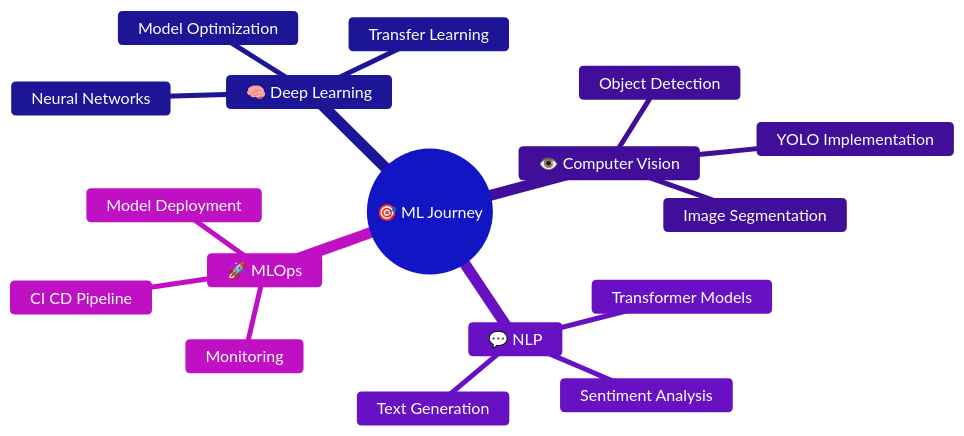
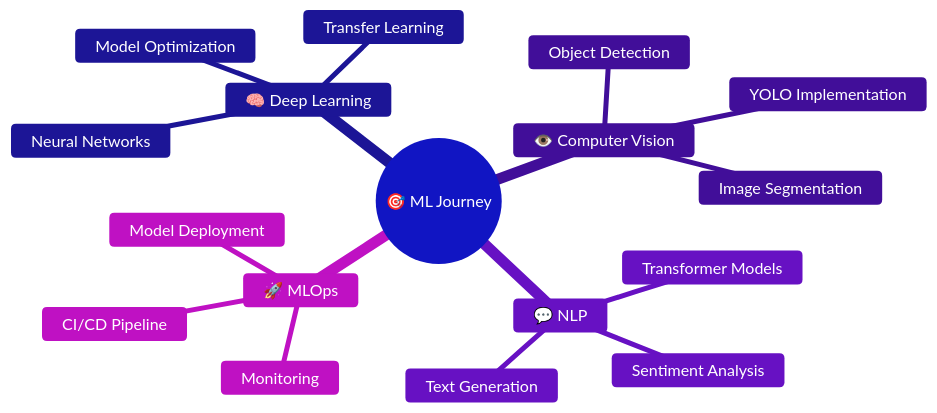
One commit to ziee2/ziee2 changed the diagram in README.md. Above: the diagram before and after it, drawn with Mermaid. The commit also changed other lines of this file, not shown here.

````diff
--- a/README.md
+++ b/README.md
@@ -145,21 +174,21 @@
 ```mermaid
 %%{init: {'theme':'base', 'themeVariables': { 'primaryColor':'#6366F1','primaryTextColor':'#fff','primaryBorderColor':'#818CF8','lineColor':'#818CF8','secondaryColor':'#4F46E5','tertiaryColor':'#7C3AED','background':'#1e1e2e','mainBkg':'#6366F1','secondBkg':'#4F46E5','tertiaryBkg':'#7C3AED','clusterBkg':'#312E81','clusterBorder':'#818CF8','textColor':'#E5E7EB','fontSize':'16px','nodeBorder':'#818CF8','edgeLabelBackground':'#1e1e2e'}}}%%
 mindmap
   root((🎯 ML Journey))
     🧠 Deep Learning
       Neural Networks
       Transfer Learning
       Model Optimization
     👁️ Computer Vision
       Object Detection
       Image Segmentation
       YOLO Implementation
     💬 NLP
       Transformer Models
       Sentiment Analysis
       Text Generation
     🚀 MLOps
       Model Deployment
-      CI CD Pipeline
+      CI/CD Pipeline
       Monitoring
 ```
````
